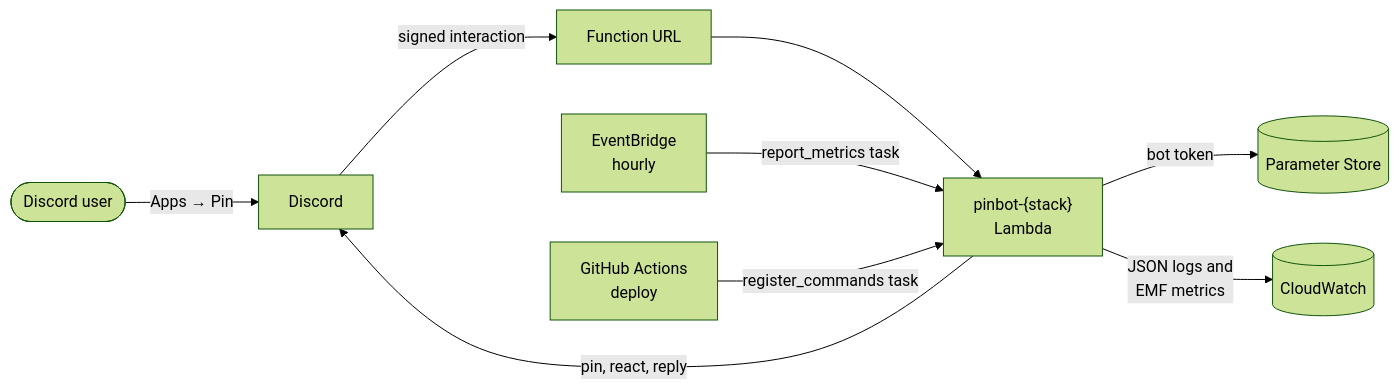
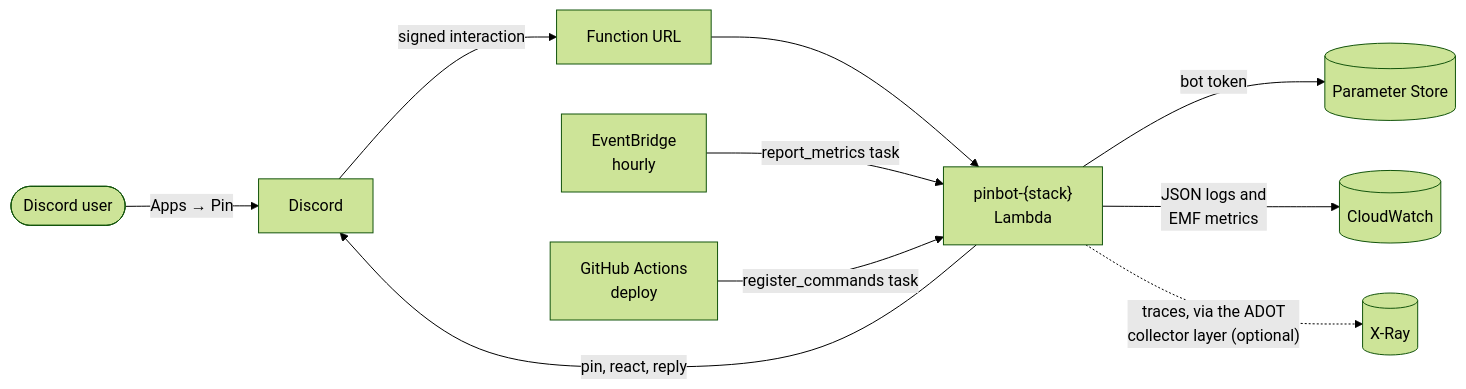
Before and after one commit to elliotwms/pinbot-lambda: the first of 3 diagrams in README.md, drawn with Mermaid (forest theme).

Commit message:
docs: show tracing in the architecture diagram (#67)

````diff
--- a/README.md
+++ b/README.md
@@ -47,11 +47,12 @@
 ```mermaid
 flowchart LR
     user(["Discord user"]) -- "Apps → Pin" --> discord["Discord"]
     discord -- "signed interaction" --> url["Function URL"]
     url --> fn["pinbot-{stack}<br/>Lambda"]
     fn -- "bot token" --> ssm[("Parameter Store")]
     fn -- "pin, react, reply" --> discord
     fn -- "JSON logs and<br/>EMF metrics" --> cw[("CloudWatch")]
+    fn -. "traces, via the ADOT<br/>collector layer (optional)" .-> xray[("X-Ray")]
     schedule["EventBridge<br/>hourly"] -- "report_metrics task" --> fn
     deploy["GitHub Actions<br/>deploy"] -- "register_commands task" --> fn
 ```
````
